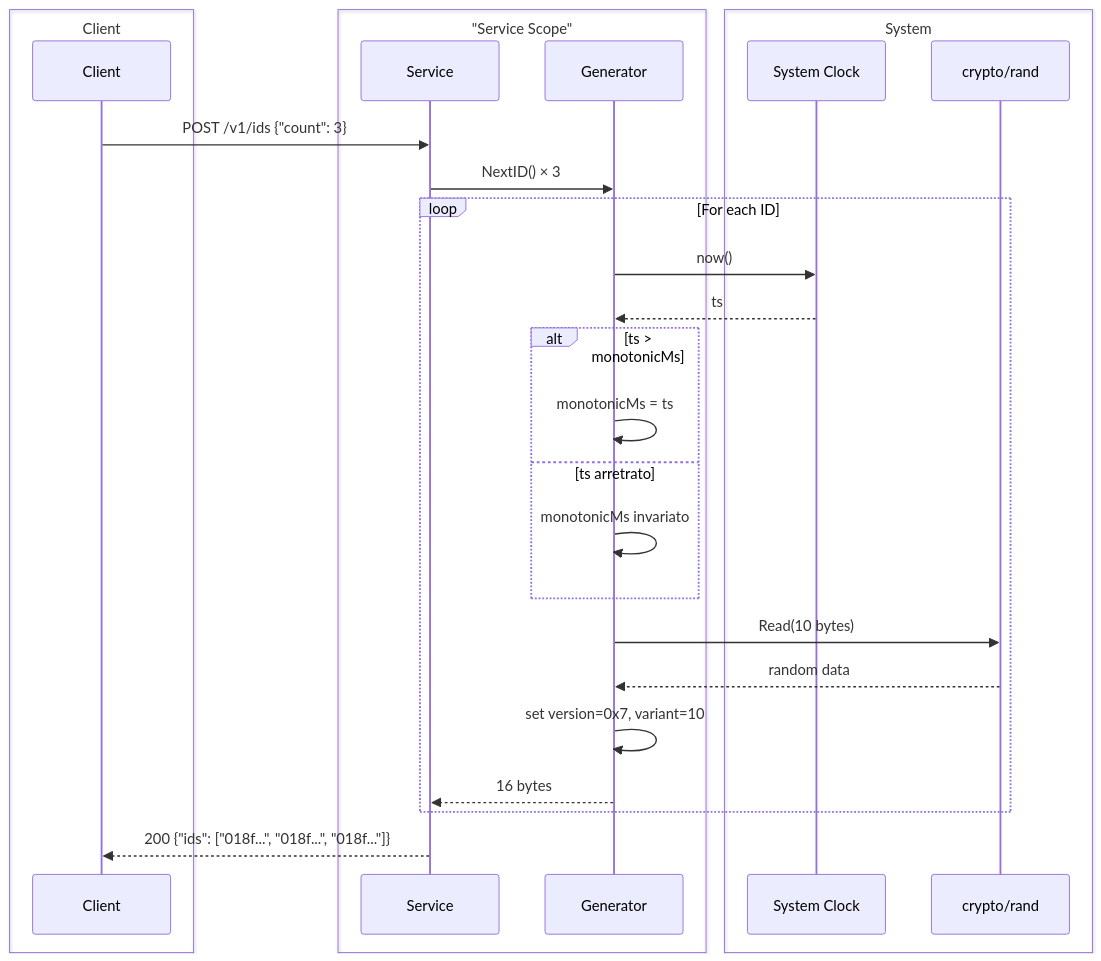
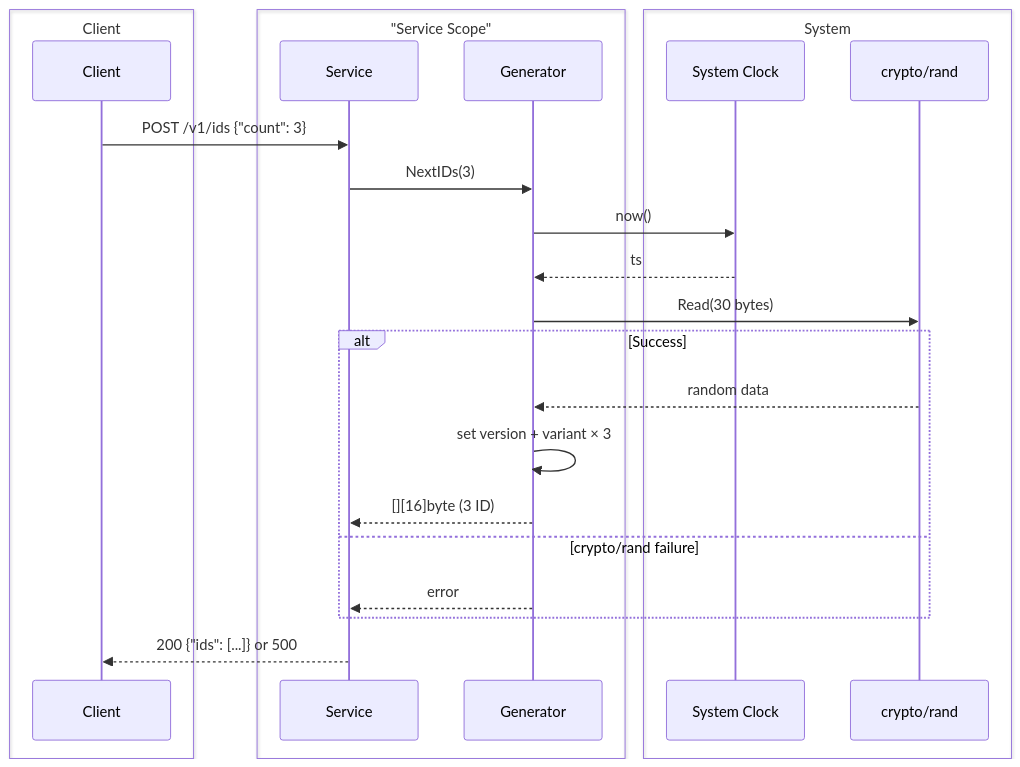
Before and after one commit to Albe83/snowflake-id-service: the third of 4 diagrams in docs/design/snowflake-algorithm-workflow.md, drawn with Mermaid. The commit also changed other lines of this file and 2 other files, not shown here.

````diff
--- a/docs/design/snowflake-algorithm-workflow.md
+++ b/docs/design/snowflake-algorithm-workflow.md
@@ -46,33 +51,30 @@
 ```mermaid
 sequenceDiagram
     box Client
         participant C as Client
     end
     box "Service Scope"
         participant S as Service
         participant G as Generator
     end
     box System
         participant Ck as System Clock
         participant R as crypto/rand
     end
 
     C->>S: POST /v1/ids {"count": 3}
-    S->>G: NextID() × 3
+    S->>G: NextIDs(3)
 
-    loop For each ID
-        G->>Ck: now()
-        Ck-->>G: ts
-        alt ts > monotonicMs
-            G->>G: monotonicMs = ts
-        else ts arretrato
-            G->>G: monotonicMs invariato
-        end
-        G->>R: Read(10 bytes)
+    G->>Ck: now()
+    Ck-->>G: ts
+    G->>R: Read(30 bytes)
+    alt Success
         R-->>G: random data
-        G->>G: set version=0x7, variant=10
-        G-->>S: 16 bytes
+        G->>G: set version + variant × 3
+        G-->>S: [][16]byte (3 ID)
+    else crypto/rand failure
+        G-->>S: error
     end
 
-    S-->>C: 200 {"ids": ["018f...", "018f...", "018f..."]}
+    S-->>C: 200 {"ids": [...]} or 500
 ```
````
